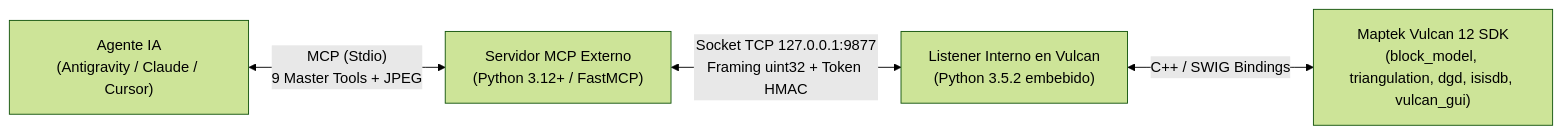
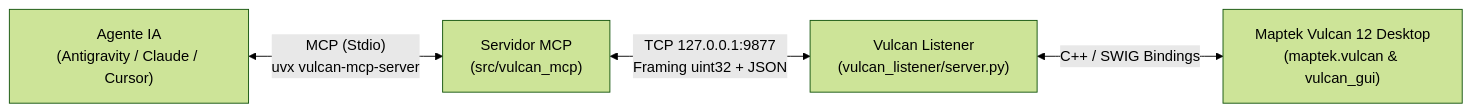
The diagram in README.md (LuiccianDev/vulcan-mcp), drawn with Mermaid (forest theme) before and after one commit. The commit also changed other lines of this file and 6 other files, not shown here.

Commit message:
feat: implement wire protocol, test suite, and socket listener for Vulcan MCP server

````diff
--- a/README.md
+++ b/README.md
@@ -46,6 +32,6 @@
 ```mermaid
 flowchart LR
-    A["Agente IA<br/>(Antigravity / Claude / Cursor)"] <-->|"MCP (Stdio)<br/>9 Master Tools + JPEG"| B["Servidor MCP Externo<br/>(Python 3.12+ / FastMCP)"]
-    B <-->|"Socket TCP 127.0.0.1:9877<br/>Framing uint32 + Token HMAC"| C["Listener Interno en Vulcan<br/>(Python 3.5.2 embebido)"]
-    C <-->|"C++ / SWIG Bindings"| D["Maptek Vulcan 12 SDK<br/>(block_model, triangulation, dgd, isisdb, vulcan_gui)"]
+    A["Agente IA<br/>(Antigravity / Claude / Cursor)"] <-->|"MCP (Stdio)<br/>uvx vulcan-mcp-server"| B["Servidor MCP<br/>(src/vulcan_mcp)"]
+    B <-->|"TCP 127.0.0.1:9877<br/>Framing uint32 + JSON"| C["Vulcan Listener<br/>(vulcan_listener/server.py)"]
+    C <-->|"C++ / SWIG Bindings"| D["Maptek Vulcan 12 Desktop<br/>(maptek.vulcan & vulcan_gui)"]
 ```
````
